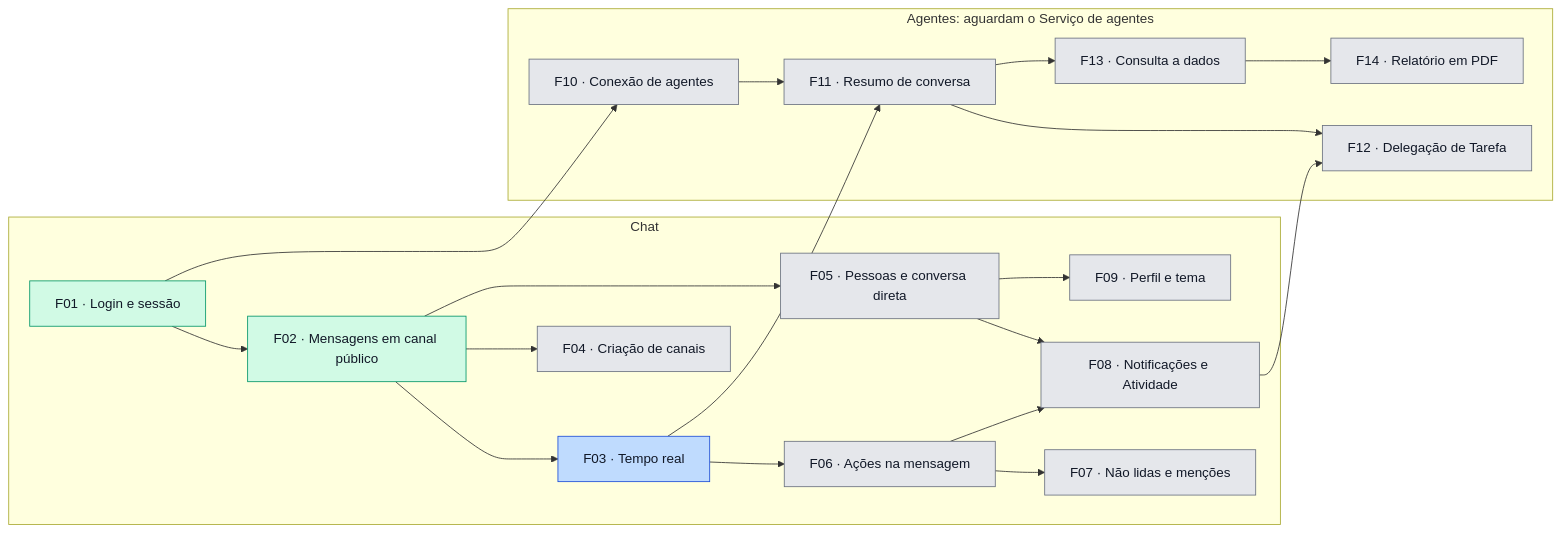
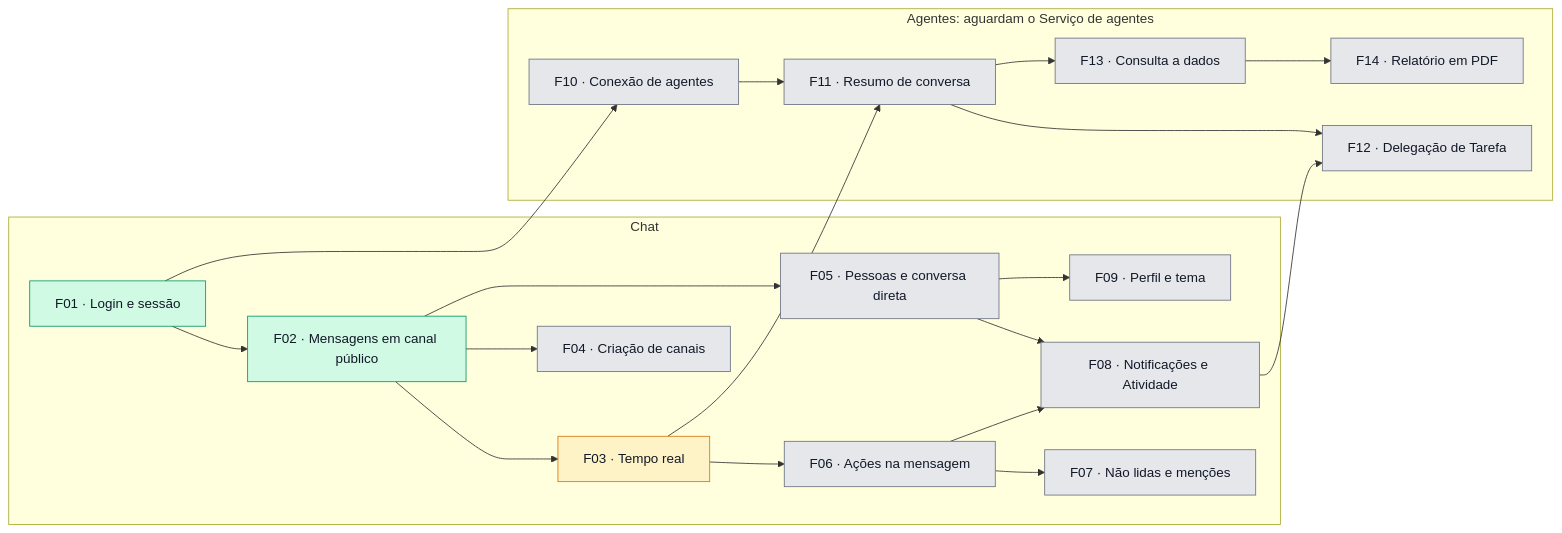
One commit to 1978bruno/fulldev_SKILL-Agentes-e-MCP-para-vibe-code changed the diagram in docs/roadmap.md. Above: the diagram before and after it, drawn with Mermaid. The commit also changed other lines of this file and 3 other files, not shown here.

````diff
--- a/docs/roadmap.md
+++ b/docs/roadmap.md
@@ -48,49 +48,49 @@
 ```mermaid
 flowchart LR
   subgraph chat ["Chat"]
     F01["F01 · Login e sessão"]
     F02["F02 · Mensagens em canal público"]
     F03["F03 · Tempo real"]
     F04["F04 · Criação de canais"]
     F05["F05 · Pessoas e conversa direta"]
     F06["F06 · Ações na mensagem"]
     F07["F07 · Não lidas e menções"]
     F08["F08 · Notificações e Atividade"]
     F09["F09 · Perfil e tema"]
   end
 
   subgraph agentes ["Agentes: aguardam o Serviço de agentes"]
     F10["F10 · Conexão de agentes"]
     F11["F11 · Resumo de conversa"]
     F12["F12 · Delegação de Tarefa"]
     F13["F13 · Consulta a dados"]
     F14["F14 · Relatório em PDF"]
   end
 
   F01 --> F02
   F02 --> F03
   F02 --> F04
   F02 --> F05
   F03 --> F06
   F06 --> F07
   F05 --> F08
   F06 --> F08
   F05 --> F09
   F01 --> F10
   F03 --> F11
   F10 --> F11
   F08 --> F12
   F11 --> F12
   F11 --> F13
   F13 --> F14
 
   classDef planejada fill:#e5e7eb,stroke:#6b7280,color:#111827
   classDef prdPronto fill:#dbeafe,stroke:#3b82f6,color:#111827
   classDef specPronta fill:#bfdbfe,stroke:#1d4ed8,color:#111827
   classDef emAndamento fill:#fef3c7,stroke:#d97706,color:#111827
   classDef concluida fill:#d1fae5,stroke:#059669,color:#111827
 
   class F01,F02 concluida
-  class F03 specPronta
+  class F03 emAndamento
   class F04,F05,F06,F07,F08,F09,F10,F11,F12,F13,F14 planejada
 ```
````
